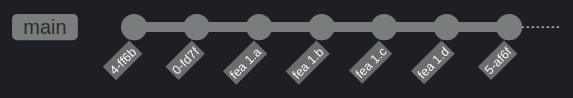
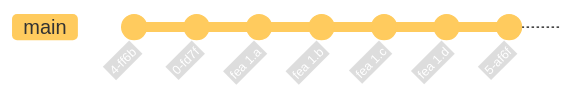
One commit to jatkinson1000/git-for-science changed the second of 5 diagrams in _workflow_branches.qmd. Above: the diagram before and after it, drawn with Mermaid. The commit also changed other lines of this file and 23 other files, not shown here.

````diff
--- a/_workflow_branches.qmd
+++ b/_workflow_branches.qmd
@@ -42,16 +42,16 @@
 ```{mermaid}
-    %%{init: {'theme': 'dark',
+    %%{init: {'theme': 'base',
               'gitGraph': {'rotateCommitLabel': true},
               'themeVariables': {
                   'commitLabelBackground': '#bbbbbb',
                   'commitLabelColor': '#ffffff'
     } } }%%
     gitGraph
        commit id: "4-ff6b"
        commit id: "0-fd7f"
        commit id: "fea 1.a"
        commit id: "fea 1.b"
        commit id: "fea 1.c"
        commit id: "fea 1.d"
        commit id: "5-af6f"
 ```
````
